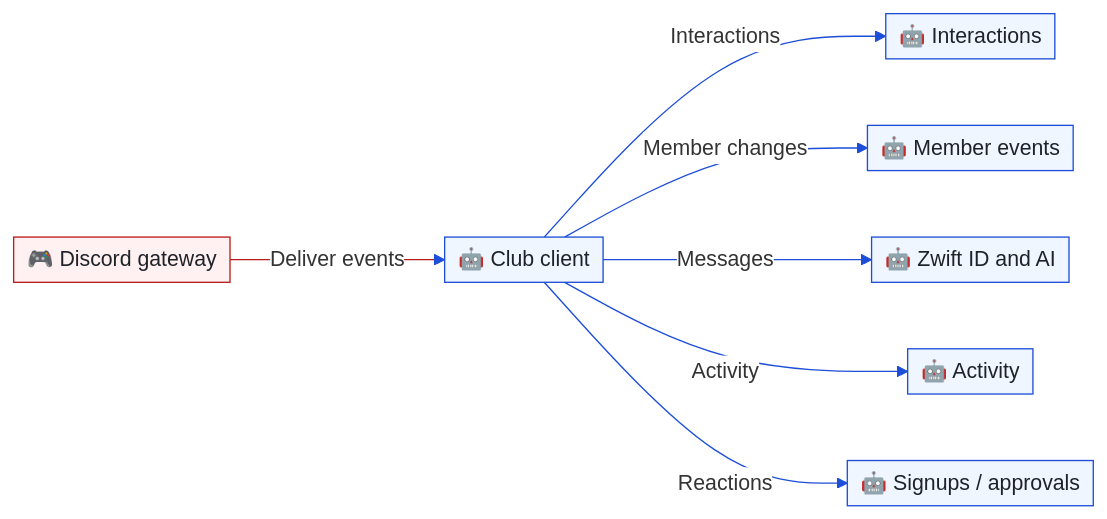
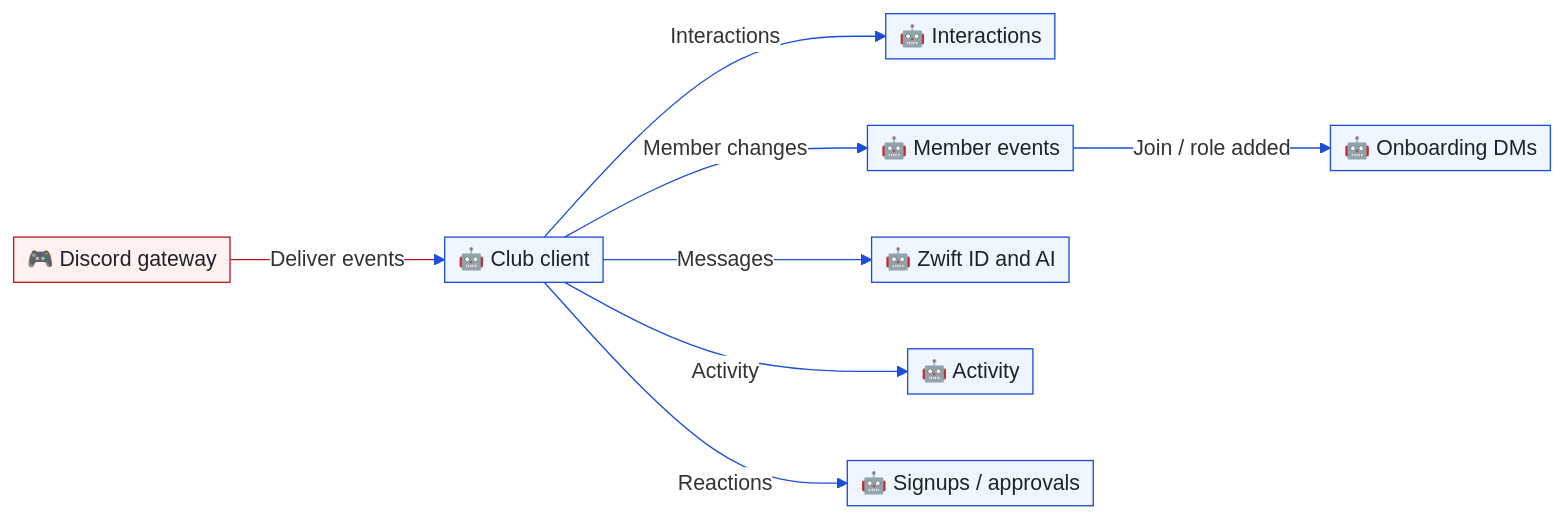
Before and after one commit to T00few2/dzr: the first of 3 diagrams in docs/architecture/bot-automation.md, drawn with Mermaid. The commit also changed other lines of this file and 32 other files, not shown here.

````diff
--- a/docs/architecture/bot-automation.md
+++ b/docs/architecture/bot-automation.md
@@ -14,27 +14,28 @@
 ```mermaid
 ---
 config:
   theme: base
   themeVariables:
     edgeLabelBackground: '#ffffff'
   themeCSS: |
     .edgeLabel, .edgeLabel p { font-size: 12px !important; }
     :is(&) { background: #ffffff; }
   flowchart:
     rankSpacing: 60
     padding: 5
 ---
 flowchart LR
     gateway["🎮 Discord gateway"] -->|Deliver events| entry["🤖 Club client"]
     entry -->|Interactions| interactions["🤖 Interactions"]
     entry -->|Member changes| members["🤖 Member events"]
     entry -->|Messages| messages["🤖 Zwift ID and AI"]
     entry -->|Activity| stats["🤖 Activity"]
     entry -->|Reactions| reactions["🤖 Signups / approvals"]
+    members -->|Join / role added| onboarding["🤖 Onboarding DMs"]
     classDef default fill:#eff6ff,stroke:#1d4ed8,color:#1f2328
     classDef external fill:#fff1f2,stroke:#b91c1c,color:#1f2328
     linkStyle default stroke:#1d4ed8
     class gateway external
     linkStyle 0 stroke:#b91c1c
     linkStyle 0 stroke:#b91c1c
 ```
````
